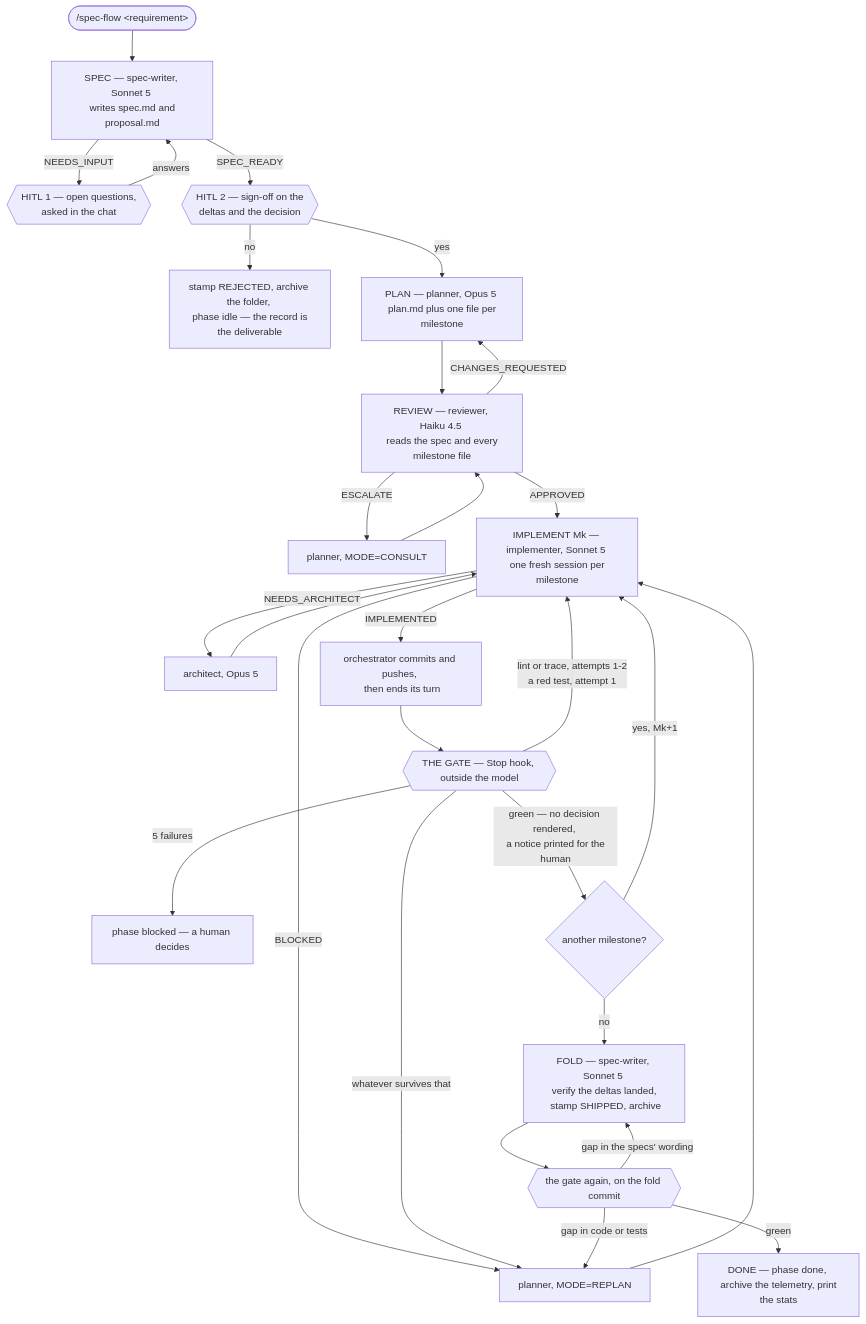
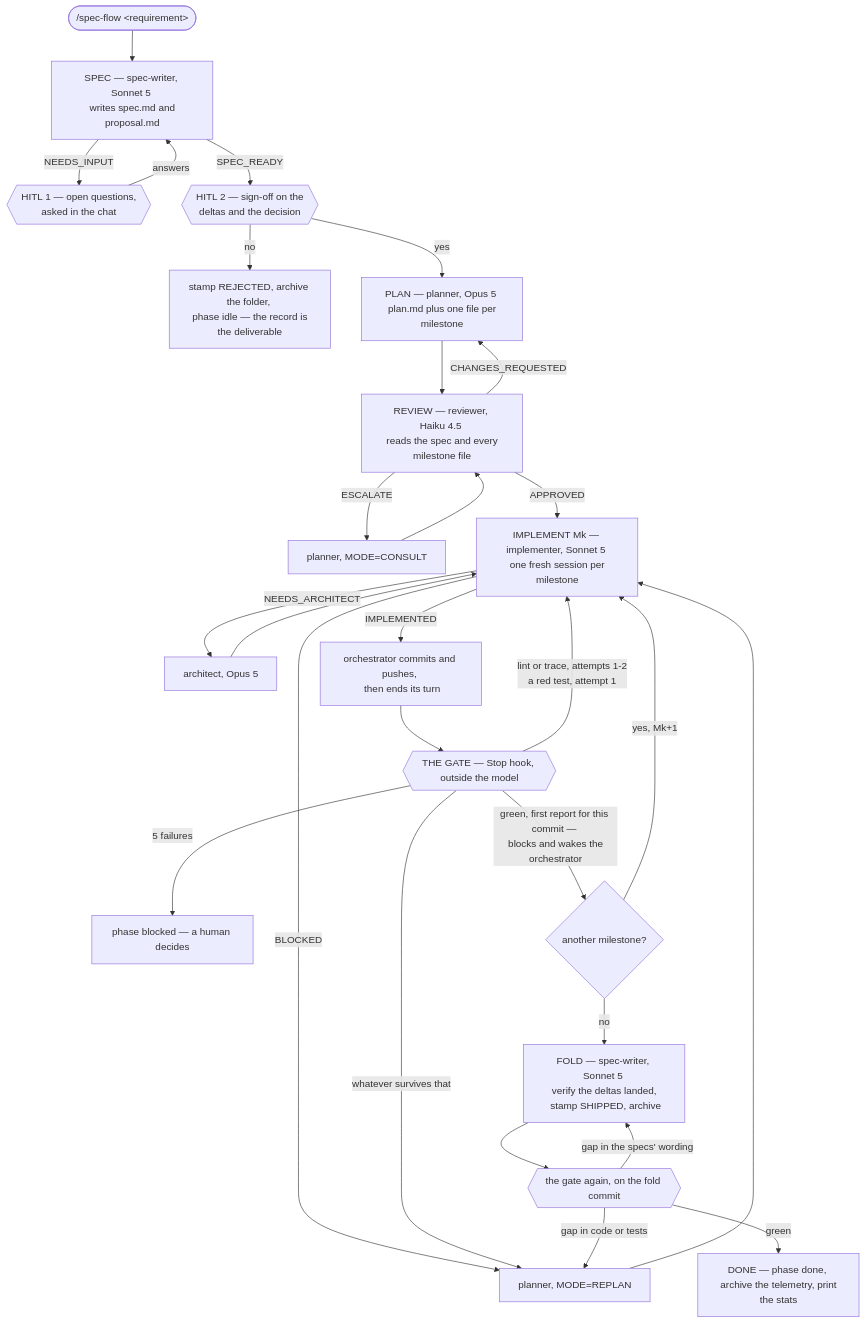
Before and after one commit to IgnacioMarin402/spec-flow-plugin: the first of 3 diagrams in REFERENCE.md, drawn with Mermaid. The commit also changed other lines of this file and 9 other files, not shown here.

````diff
--- a/REFERENCE.md
+++ b/REFERENCE.md
@@ -647,30 +647,30 @@
 ```mermaid
 flowchart TD
     A(["/spec-flow &lt;requirement&gt;"]) --> B["SPEC — spec-writer, Sonnet 5 <br/> writes spec.md and proposal.md"]
     B -->|"NEEDS_INPUT"| Q{{"HITL 1 — open questions, <br/> asked in the chat"}}
     Q -->|"answers"| B
     B -->|"SPEC_READY"| S{{"HITL 2 — sign-off on the <br/> deltas and the decision"}}
     S -->|"no"| REJ["stamp REJECTED, archive the folder, <br/> phase idle — the record is the deliverable"]
     S -->|"yes"| P["PLAN — planner, Opus 5 <br/> plan.md plus one file per milestone"]
     P --> R["REVIEW — reviewer, Haiku 4.5 <br/> reads the spec and every milestone file"]
     R -->|"ESCALATE"| CON["planner, MODE=CONSULT"]
     CON --> R
     R -->|"CHANGES_REQUESTED"| P
     R -->|"APPROVED"| I["IMPLEMENT Mk — implementer, Sonnet 5 <br/> one fresh session per milestone"]
     I -->|"NEEDS_ARCHITECT"| ARCH["architect, Opus 5"]
     ARCH --> I
     I -->|"BLOCKED"| RE["planner, MODE=REPLAN"]
     RE --> I
     I -->|"IMPLEMENTED"| CM["orchestrator commits and pushes, <br/> then ends its turn"]
     CM --> G{{"THE GATE — Stop hook, outside the model"}}
     G -->|"lint or trace, attempts 1-2 <br/> a red test, attempt 1"| I
     G -->|"whatever survives that"| RE
     G -->|"5 failures"| BLK["phase blocked — a human decides"]
-    G -->|"green — no decision rendered, <br/> a notice printed for the human"| MORE{"another milestone?"}
+    G -->|"green, first report for this commit — <br/> blocks and wakes the orchestrator"| MORE{"another milestone?"}
     MORE -->|"yes, Mk+1"| I
     MORE -->|"no"| F["FOLD — spec-writer, Sonnet 5 <br/> verify the deltas landed, <br/> stamp SHIPPED, archive"]
     F --> G2{{"the gate again, on the fold commit"}}
     G2 -->|"gap in the specs' wording"| F
     G2 -->|"gap in code or tests"| RE
     G2 -->|"green"| D["DONE — phase done, <br/> archive the telemetry, print the stats"]
 ```
````
